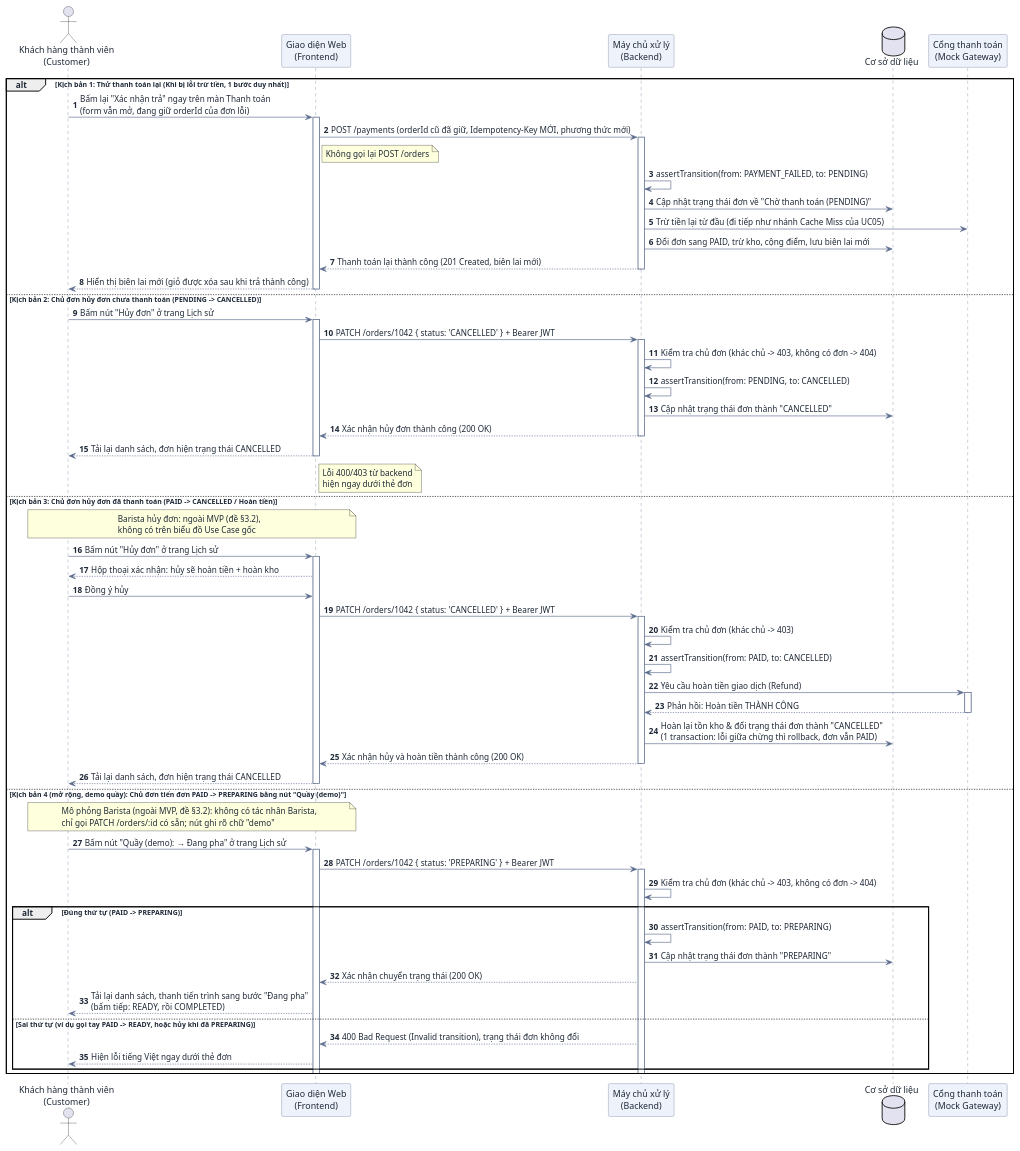
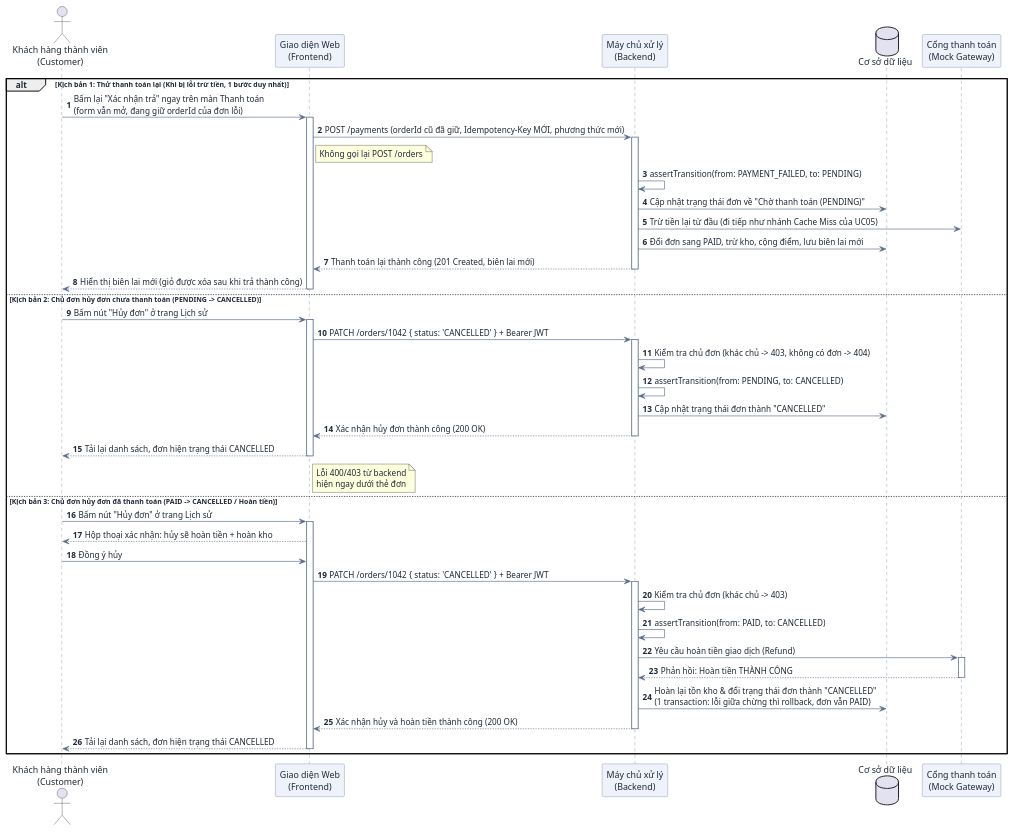
One commit to DuVinhLoi/BrewLite changed the fifth of 9 diagrams in docs/user-sequence-specifications.md. Above: the diagram before and after it, drawn with PlantUML. The commit also changed other lines of this file and 4 other files, not shown here.

Commit message:
docs: dong bo Barista/Admin - use case goc (UC08-UC12, UC14 hien thuc; UC13, UC15 backlog), sequence §2.7 §2.8, so do trang thai

````diff
--- a/docs/user-sequence-specifications.md
+++ b/docs/user-sequence-specifications.md
@@ -500,7 +508,6 @@
     deactivate FE
 
 else Kịch bản 3: Chủ đơn hủy đơn đã thanh toán (PAID -> CANCELLED / Hoàn tiền)
-    note over User, FE : Barista hủy đơn: ngoài MVP (đề §3.2),\nkhông có trên biểu đồ Use Case gốc
     User -> FE : Bấm nút "Hủy đơn" ở trang Lịch sử
     activate FE
     FE --> User : Hộp thoại xác nhận: hủy sẽ hoàn tiền + hoàn kho
@@ -518,25 +525,6 @@
     deactivate BE
     FE --> User : Tải lại danh sách, đơn hiện trạng thái CANCELLED
     deactivate FE
-
-else Kịch bản 4 (mở rộng, demo quầy): Chủ đơn tiến đơn PAID -> PREPARING bằng nút "Quầy (demo)"
-    note over User, FE : Mô phỏng Barista (ngoài MVP, đề §3.2): không có tác nhân Barista,\nchỉ gọi PATCH /orders/:id có sẵn; nút ghi rõ chữ "demo"
-    User -> FE : Bấm nút "Quầy (demo): → Đang pha" ở trang Lịch sử
-    activate FE
-    FE -> BE : PATCH /orders/1042 { status: 'PREPARING' } + Bearer JWT
-    activate BE
-    BE -> BE : Kiểm tra chủ đơn (khác chủ -> 403, không có đơn -> 404)
-    alt Đúng thứ tự (PAID -> PREPARING)
-        BE -> BE : assertTransition(from: PAID, to: PREPARING)
-        BE -> DB : Cập nhật trạng thái đơn thành "PREPARING"
-        BE --> FE : Xác nhận chuyển trạng thái (200 OK)
-        FE --> User : Tải lại danh sách, thanh tiến trình sang bước "Đang pha"\n(bấm tiếp: READY, rồi COMPLETED)
-    else Sai thứ tự (ví dụ gọi tay PAID -> READY, hoặc hủy khi đã PREPARING)
-        BE --> FE : 400 Bad Request (Invalid transition), trạng thái đơn không đổi
-        FE --> User : Hiện lỗi tiếng Việt ngay dưới thẻ đơn
-    end
-    deactivate BE
-    deactivate FE
 end
 @enduml
 ```
````
